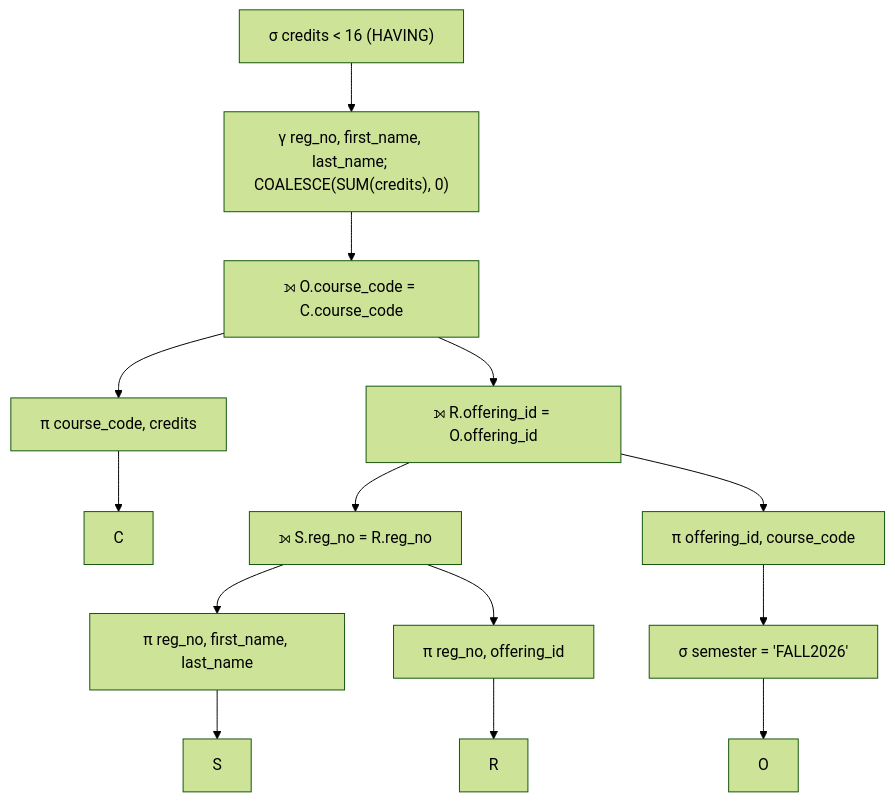
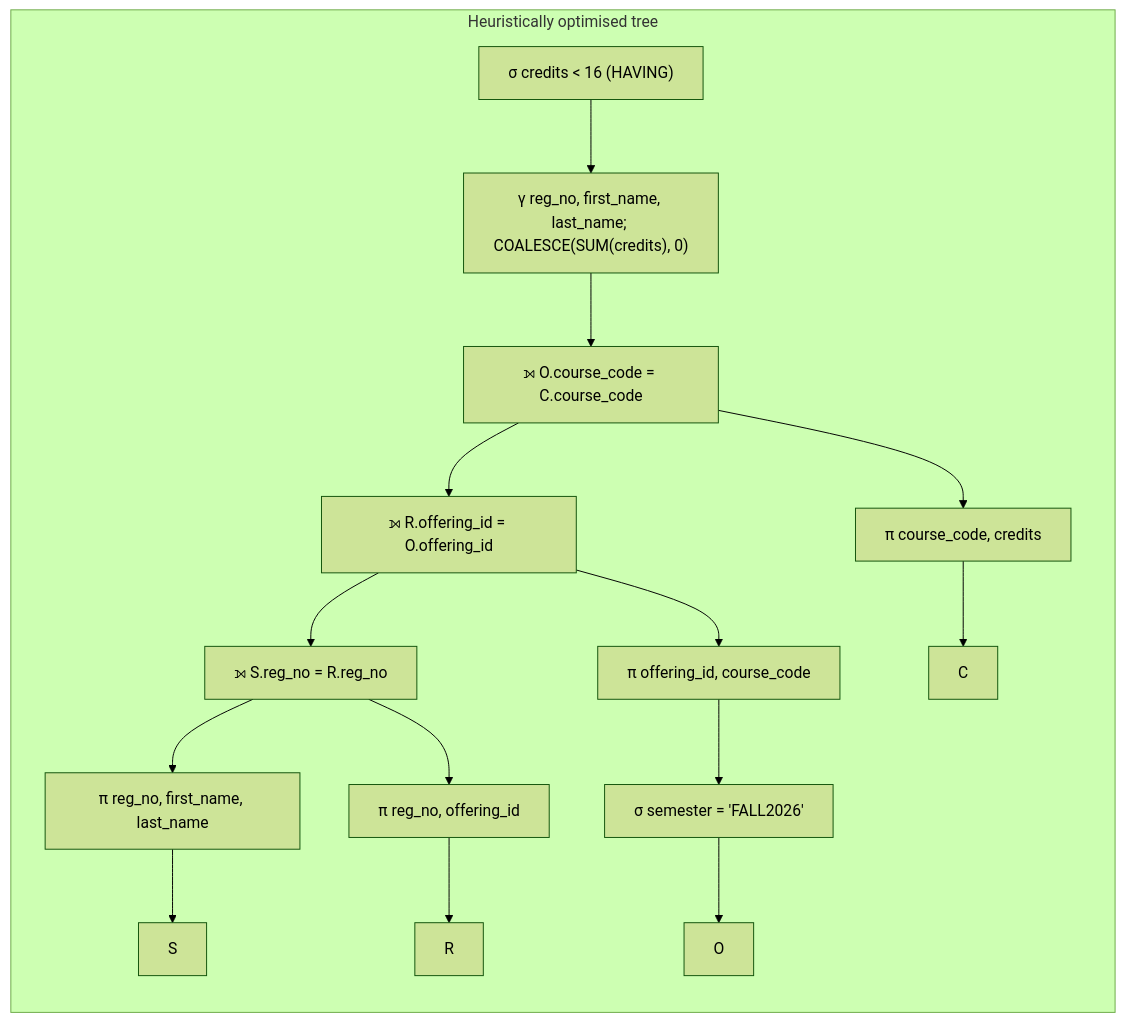
One commit to ir1101/SlotRush changed the eighth of 10 diagrams in docs/query-processing.md. Above: the diagram before and after it, drawn with Mermaid (forest theme). The commit also changed other lines of this file, not shown here.

Commit message:
Query trees: canonical and optimised for Q2 and Q4; draw every tree top-down

````diff
--- a/docs/query-processing.md
+++ b/docs/query-processing.md
@@ -229,11 +295,16 @@
 ```mermaid
 flowchart TB
-    h["σ credits < 16  (HAVING)"] --> g["γ reg_no, first_name, last_name; COALESCE(SUM(credits), 0)"]
-    g --> j3["⟕ O.course_code = C.course_code"]
-    j3 --> j2["⟕ R.offering_id = O.offering_id"]
-    j3 --> pc["π course_code, credits"] --> C["C"]
-    j2 --> j1["⟕ S.reg_no = R.reg_no"]
-    j2 --> po["π offering_id, course_code"] --> so["σ semester = 'FALL2026'"] --> O["O"]
-    j1 --> ps["π reg_no, first_name, last_name"] --> S["S"]
-    j1 --> pr["π reg_no, offering_id"] --> R["R"]
+    subgraph optimised["Heuristically optimised tree"]
+        direction TB
+        %% Outer joins are not symmetric: each join's left (preserved) input is declared
+        %% first, deepest join first, so Mermaid draws it on the left.
+        h2["σ credits < 16  (HAVING)"] --> g2["γ reg_no, first_name, last_name; COALESCE(SUM(credits), 0)"]
+        g2 --> k3["⟕ O.course_code = C.course_code"]
+        k3 --> k2["⟕ R.offering_id = O.offering_id"]
+        k2 --> k1["⟕ S.reg_no = R.reg_no"]
+        k1 --> ps["π reg_no, first_name, last_name"] --> S2["S"]
+        k1 --> pr["π reg_no, offering_id"] --> R2["R"]
+        k2 --> po["π offering_id, course_code"] --> so["σ semester = 'FALL2026'"] --> O2["O"]
+        k3 --> pc["π course_code, credits"] --> C2["C"]
+    end
 ```
````
